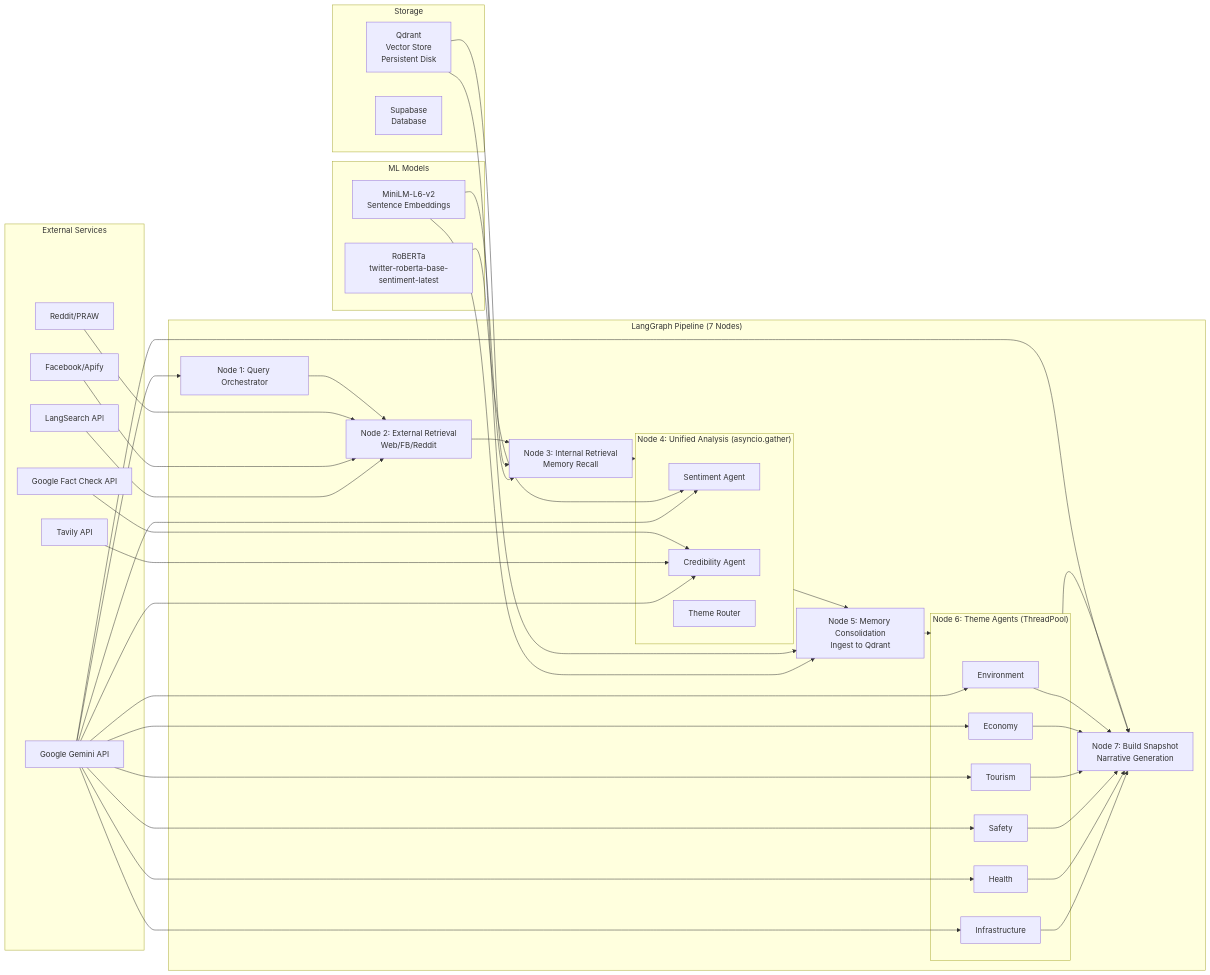
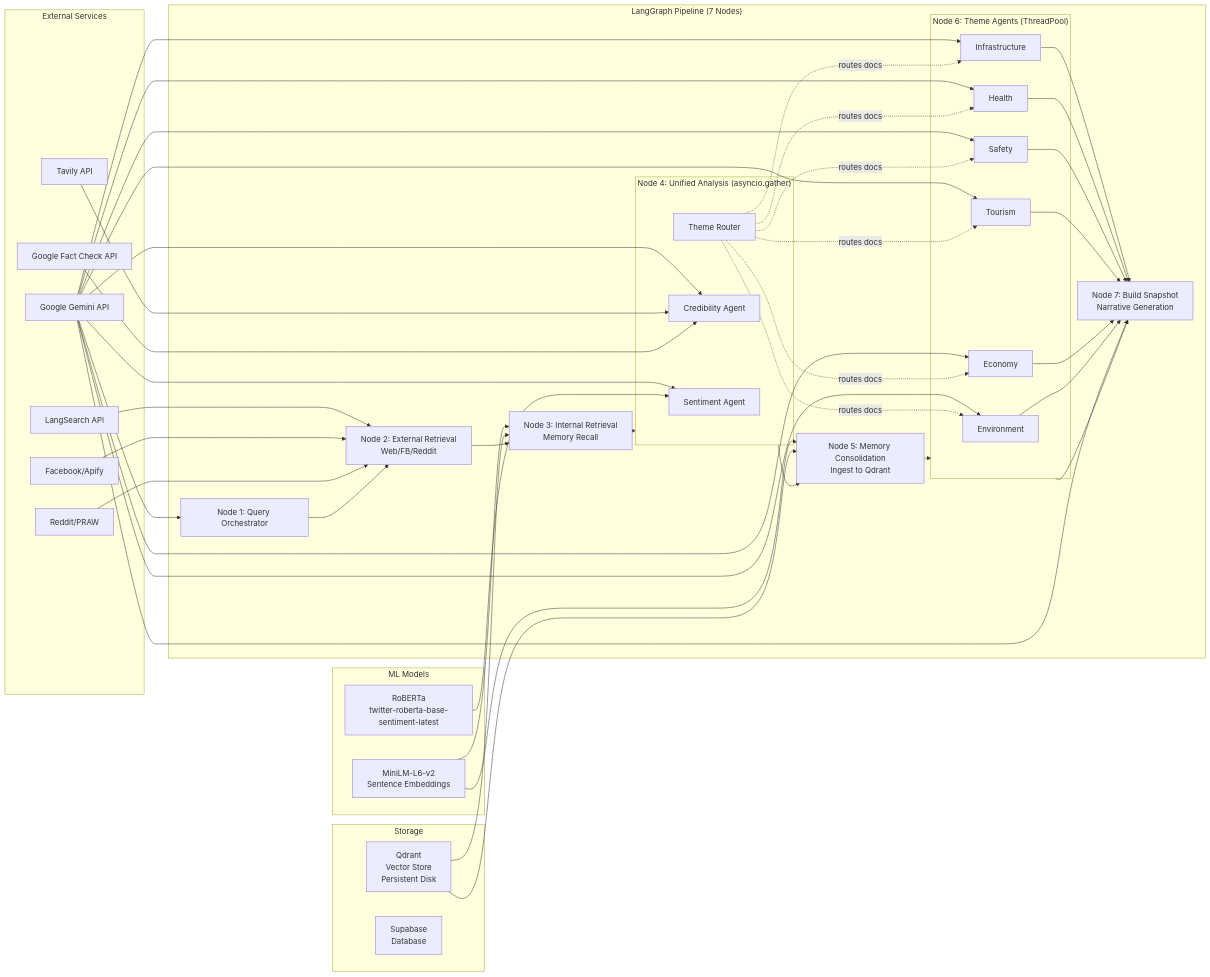
One commit to donyelqt/Hinaing changed the third of 3 diagrams in docs/ARCHITECTURE.md. Above: the diagram before and after it, drawn with Mermaid.

Commit message:
docs(architecture): Add Theme Router routing diagram to architecture
- Add Theme Router (TRA) routing visualization to Mermaid diagram
- Document routing flow from Theme Router to Theme Agents (TH1-TH6)
- Clarify how Theme Router distributes documents across theme-specific agents
- Improve architecture documentation clarity for agent routing mechanisms

````diff
--- a/docs/ARCHITECTURE.md
+++ b/docs/ARCHITECTURE.md
@@ -247,73 +247,76 @@
 ```mermaid
 graph LR
     subgraph External["External Services"]
         LS[LangSearch API]
         FB[Facebook/Apify]
         RD[Reddit/PRAW]
         GEMINI[Google Gemini API]
         TAVILY[Tavily API]
         GFACT[Google Fact Check API]
     end
 
     subgraph Models["ML Models"]
         ROBERTA[RoBERTa<br/>twitter-roberta-base-sentiment-latest]
         MINILM[MiniLM-L6-v2<br/>Sentence Embeddings]
     end
 
     subgraph Storage["Storage"]
         QDRANT[Qdrant<br/>Vector Store<br/>Persistent Disk]
         SUPA[Supabase<br/>Database]
     end
 
     subgraph LangGraphNodes["LangGraph Pipeline (7 Nodes)"]
         NODE1[Node 1: Query Orchestrator]
         NODE2[Node 2: External Retrieval<br/>Web/FB/Reddit]
         NODE3[Node 3: Internal Retrieval<br/>Memory Recall]
         
         subgraph NODE4["Node 4: Unified Analysis (asyncio.gather)"]
             SNA[Sentiment Agent]
             CRA[Credibility Agent]
             TRA[Theme Router]
         end
         
         NODE5[Node 5: Memory Consolidation<br/>Ingest to Qdrant]
         
         subgraph NODE6["Node 6: Theme Agents (ThreadPool)"]
             TH1[Infrastructure]
             TH2[Health]
             TH3[Safety]
             TH4[Tourism]
             TH5[Economy]
             TH6[Environment]
         end
         
         NODE7[Node 7: Build Snapshot<br/>Narrative Generation]
         
         TH1 & TH2 & TH3 & TH4 & TH5 & TH6 --> NODE7
     end
 
     %% External connections
     LS --> NODE2
     FB --> NODE2
     RD --> NODE2
     GEMINI --> NODE1
     GEMINI --> SNA
     GEMINI --> CRA
     GEMINI --> TH1 & TH2 & TH3 & TH4 & TH5 & TH6
     GEMINI --> NODE7
     TAVILY --> CRA
     GFACT --> CRA
     ROBERTA --> SNA
     MINILM --> NODE3
     MINILM --> NODE5
     QDRANT --> NODE3
     QDRANT --> NODE5
 
     %% Pipeline flow
     NODE1 --> NODE2
     NODE2 --> NODE3
     NODE3 --> NODE4
     NODE4 --> NODE5
     NODE5 --> NODE6
     NODE6 --> NODE7
+    
+    %% Theme Router routes to Theme Agents
+    TRA -.->|routes docs| TH1 & TH2 & TH3 & TH4 & TH5 & TH6
 ```
````
